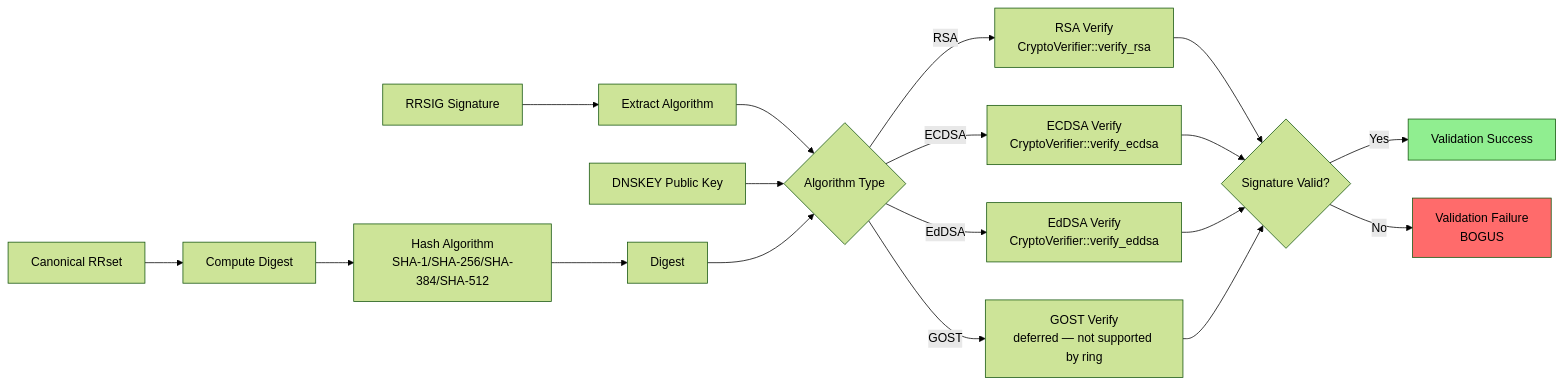
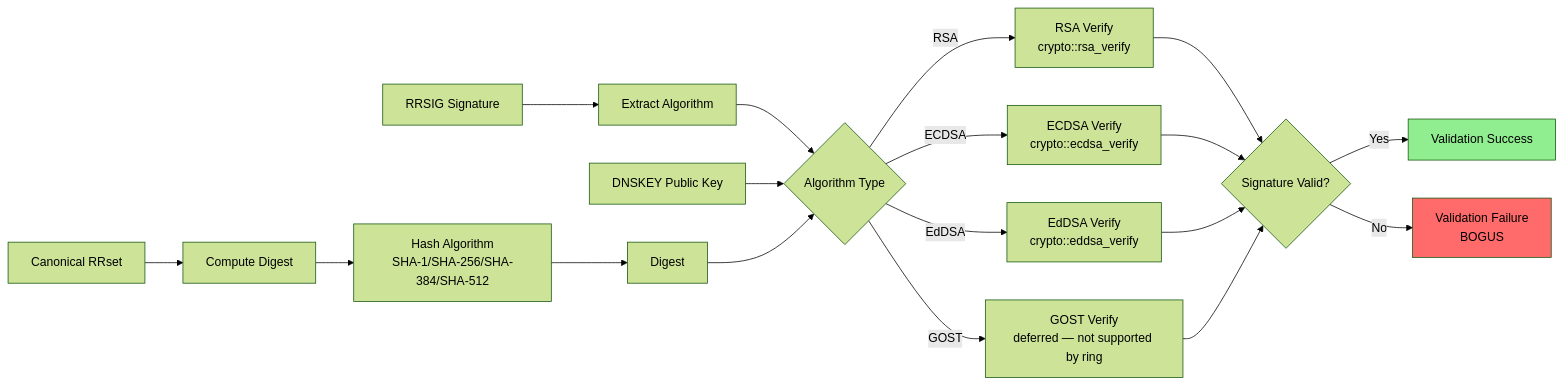
Before and after one commit to blitzy-public-samples/blitzy-dnsmasq: the fourth of 5 diagrams in docs/DNSSEC.md, drawn with Mermaid (forest theme). The commit also changed other lines of this file and 7 other files, not shown here.

````diff
--- a/docs/DNSSEC.md
+++ b/docs/DNSSEC.md
@@ -368,28 +370,28 @@
 ```mermaid
 flowchart LR
     A[Canonical RRset] --> B[Compute Digest]
     B --> C[Hash Algorithm<br/>SHA-1/SHA-256/SHA-384/SHA-512]
     C --> D[Digest]
     
     E[RRSIG Signature] --> F[Extract Algorithm]
     F --> G{Algorithm Type}
     
     H[DNSKEY Public Key] --> G
     D --> G
     
-    G -->|RSA| I[RSA Verify<br/>CryptoVerifier::verify_rsa]
-    G -->|ECDSA| J[ECDSA Verify<br/>CryptoVerifier::verify_ecdsa]
-    G -->|EdDSA| K[EdDSA Verify<br/>CryptoVerifier::verify_eddsa]
+    G -->|RSA| I[RSA Verify<br/>crypto::rsa_verify]
+    G -->|ECDSA| J[ECDSA Verify<br/>crypto::ecdsa_verify]
+    G -->|EdDSA| K[EdDSA Verify<br/>crypto::eddsa_verify]
     G -->|GOST| L[GOST Verify<br/>deferred — not supported by ring]
     
     I --> M{Signature Valid?}
     J --> M
     K --> M
     L --> M
     
     M -->|Yes| N[Validation Success]
     M -->|No| O[Validation Failure<br/>BOGUS]
     
     style N fill:#90EE90
     style O fill:#FF6B6B
 ```
````
